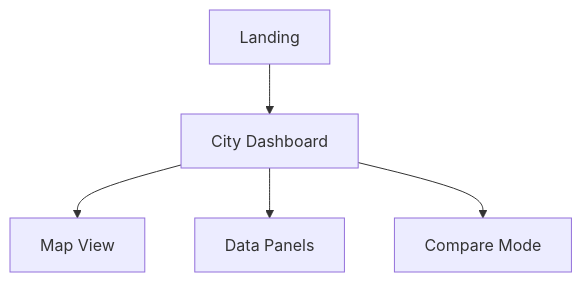
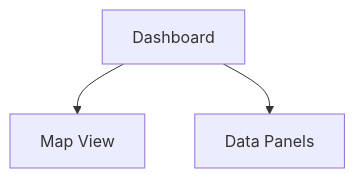
The second of 3 diagrams in README.md (nemonsoon/city-observatory-web), drawn with Mermaid before and after one commit. The commit also changed other lines of this file and 4 other files, not shown here.

````diff
--- a/README.md
+++ b/README.md
@@ -31,7 +28,5 @@
 ```mermaid
 flowchart TB
-  L[Landing] --> D[City Dashboard]
-  D --> M[Map View]
+  D[Dashboard] --> M[Map View]
   D --> P[Data Panels]
-  D --> C[Compare Mode]
 ```
````
